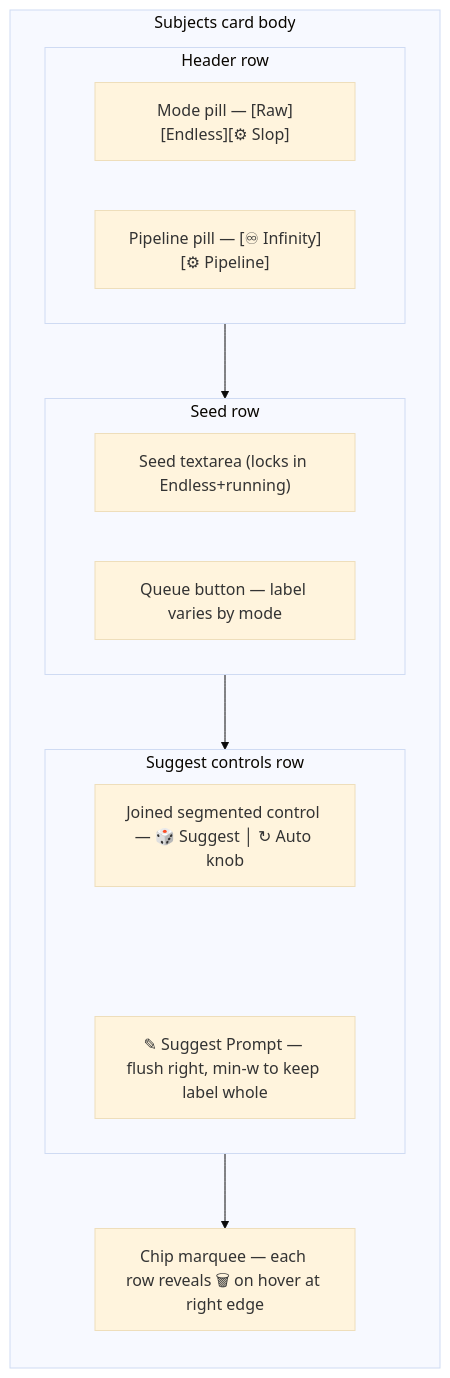
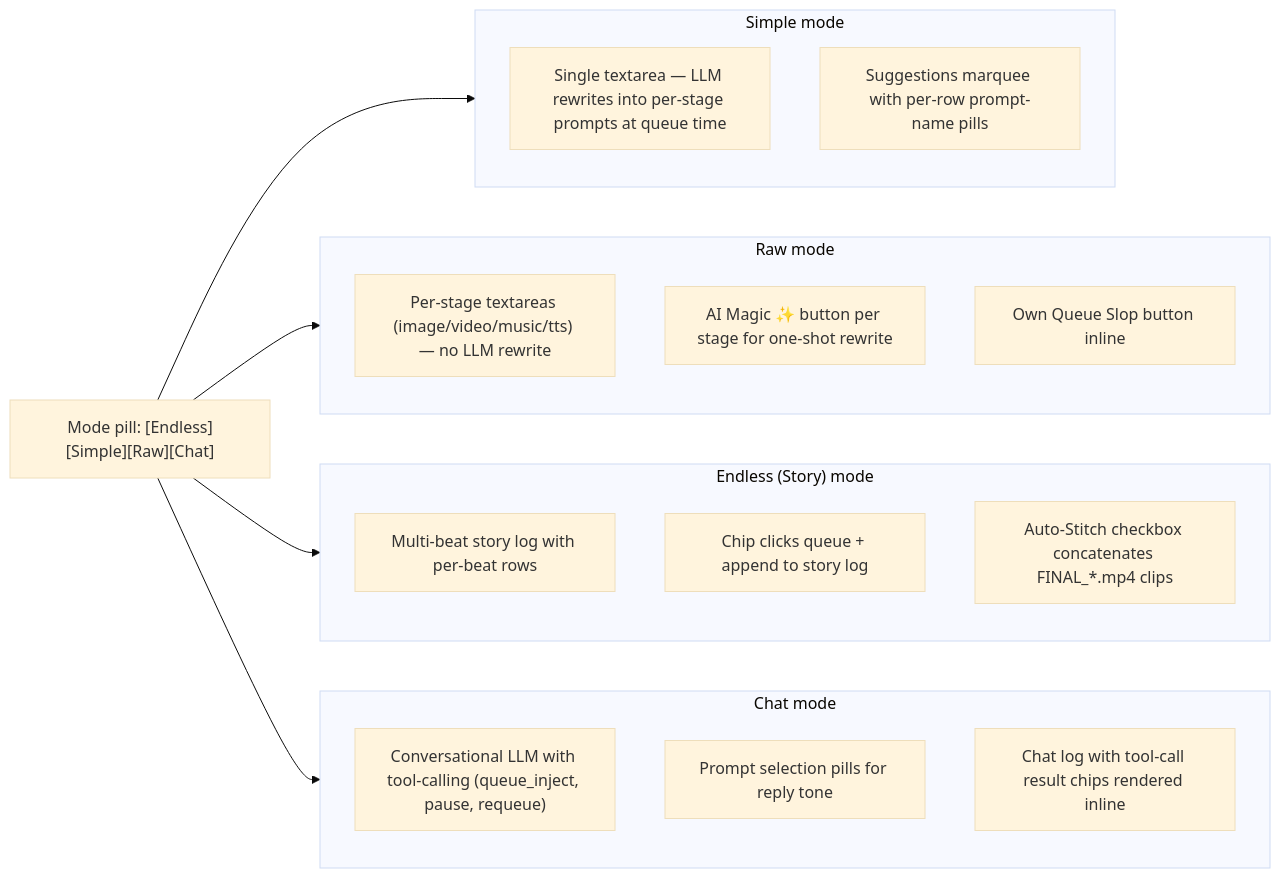
Before and after one commit to matthewhand/amd-strix-halo-image-video-distrobox: the second of 2 diagrams in README.md, drawn with Mermaid (base theme). The commit also changed other lines of this file and 4 other files, not shown here.

````diff
--- a/README.md
+++ b/README.md
@@ -766,26 +784,26 @@
 ```mermaid
-flowchart TB
-  subgraph card["Subjects card body"]
-    direction TB
-    subgraph header["Header row"]
-      direction LR
-      mode["Mode pill — [Raw][Endless][⚙ Slop]"]
-      pipBtn["Pipeline pill — [♾ Infinity][⚙ Pipeline]"]
-    end
-    subgraph body["Seed row"]
-      direction LR
-      ta["Seed textarea (locks in Endless+running)"]
-      q["Queue button — label varies by mode"]
-    end
-    subgraph sug["Suggest controls row"]
-      direction LR
-      join["Joined segmented control — 🎲 Suggest │ ↻ Auto knob"]
-      spacer[" "]
-      prompt["✎ Suggest Prompt — flush right, min-w to keep label whole"]
-    end
-    marquee["Chip marquee — each row reveals 🗑 on hover at right edge"]
+flowchart LR
+  pill["Mode pill: [Endless][Simple][Raw][Chat]"] --> simple
+  pill --> raw
+  pill --> endless
+  pill --> chat
+  subgraph simple["Simple mode"]
+    S1["Single textarea — LLM rewrites into per-stage prompts at queue time"]
+    S2["Suggestions marquee with per-row prompt-name pills"]
   end
-
-  header --> body --> sug --> marquee
-  style spacer fill:transparent,stroke:transparent
+  subgraph raw["Raw mode"]
+    R1["Per-stage textareas (image/video/music/tts) — no LLM rewrite"]
+    R2["AI Magic ✨ button per stage for one-shot rewrite"]
+    R3["Own Queue Slop button inline"]
+  end
+  subgraph endless["Endless (Story) mode"]
+    E1["Multi-beat story log with per-beat rows"]
+    E2["Chip clicks queue + append to story log"]
+    E3["Auto-Stitch checkbox concatenates FINAL_*.mp4 clips"]
+  end
+  subgraph chat["Chat mode"]
+    C1["Conversational LLM with tool-calling (queue_inject, pause, requeue)"]
+    C2["Prompt selection pills for reply tone"]
+    C3["Chat log with tool-call result chips rendered inline"]
+  end
 ```
````
